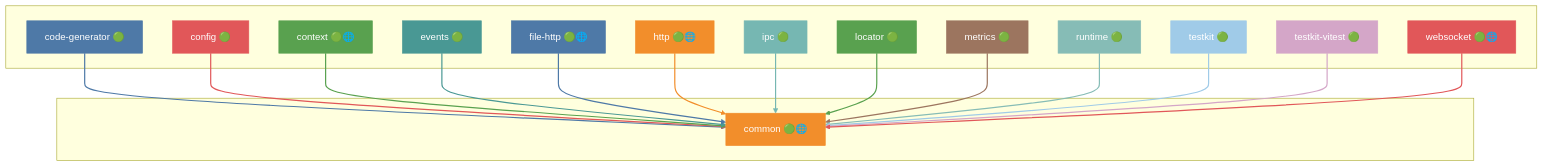
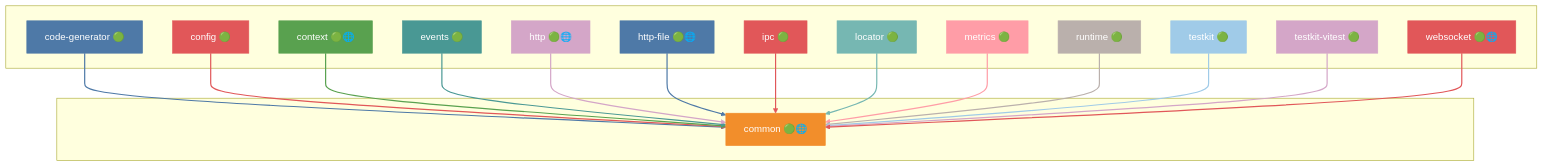
The third of 40 diagrams in docs/DEPENDENCIES.md (grest-ts/grest-ts), drawn with Mermaid before and after one commit. The commit also changed other lines of this file and 34 other files, not shown here.

````diff
--- a/docs/DEPENDENCIES.md
+++ b/docs/DEPENDENCIES.md
@@ -379,61 +377,61 @@
 ```mermaid
 flowchart TB
     subgraph Dependents[" "]
         code-generator["code-generator 🟢"]
         config["config 🟢"]
         context["context 🟢🌐"]
         events["events 🟢"]
-        file-http["file-http 🟢🌐"]
         http["http 🟢🌐"]
+        http-file["http-file 🟢🌐"]
         ipc["ipc 🟢"]
         locator["locator 🟢"]
         metrics["metrics 🟢"]
         runtime["runtime 🟢"]
         testkit["testkit 🟢"]
         testkit-vitest["testkit-vitest 🟢"]
         websocket["websocket 🟢🌐"]
     end
     subgraph Package[" "]
         common["common 🟢🌐"]
     end
     code-generator --> common
     config --> common
     context --> common
     events --> common
-    file-http --> common
     http --> common
+    http-file --> common
     ipc --> common
     locator --> common
     metrics --> common
     runtime --> common
     testkit --> common
     testkit-vitest --> common
     websocket --> common
     style common fill:#F28E2B,stroke:#F28E2B,color:#fff
     style code-generator fill:#4E79A7,stroke:#4E79A7,color:#fff
     style config fill:#E15759,stroke:#E15759,color:#fff
     style context fill:#59A14F,stroke:#59A14F,color:#fff
     style events fill:#499894,stroke:#499894,color:#fff
-    style file-http fill:#4E79A7,stroke:#4E79A7,color:#fff
-    style http fill:#F28E2B,stroke:#F28E2B,color:#fff
-    style ipc fill:#76B7B2,stroke:#76B7B2,color:#fff
-    style locator fill:#59A14F,stroke:#59A14F,color:#fff
-    style metrics fill:#9C755F,stroke:#9C755F,color:#fff
-    style runtime fill:#86BCB6,stroke:#86BCB6,color:#fff
+    style http fill:#D4A6C8,stroke:#D4A6C8,color:#fff
+    style http-file fill:#4E79A7,stroke:#4E79A7,color:#fff
+    style ipc fill:#E15759,stroke:#E15759,color:#fff
+    style locator fill:#76B7B2,stroke:#76B7B2,color:#fff
+    style metrics fill:#FF9DA7,stroke:#FF9DA7,color:#fff
+    style runtime fill:#BAB0AC,stroke:#BAB0AC,color:#fff
     style testkit fill:#A0CBE8,stroke:#A0CBE8,color:#fff
     style testkit-vitest fill:#D4A6C8,stroke:#D4A6C8,color:#fff
     style websocket fill:#E15759,stroke:#E15759,color:#fff
     linkStyle 0 stroke:#4E79A7,stroke-width:2px
     linkStyle 1 stroke:#E15759,stroke-width:2px
     linkStyle 2 stroke:#59A14F,stroke-width:2px
     linkStyle 3 stroke:#499894,stroke-width:2px
-    linkStyle 4 stroke:#4E79A7,stroke-width:2px
-    linkStyle 5 stroke:#F28E2B,stroke-width:2px
-    linkStyle 6 stroke:#76B7B2,stroke-width:2px
-    linkStyle 7 stroke:#59A14F,stroke-width:2px
-    linkStyle 8 stroke:#9C755F,stroke-width:2px
-    linkStyle 9 stroke:#86BCB6,stroke-width:2px
+    linkStyle 4 stroke:#D4A6C8,stroke-width:2px
+    linkStyle 5 stroke:#4E79A7,stroke-width:2px
+    linkStyle 6 stroke:#E15759,stroke-width:2px
+    linkStyle 7 stroke:#76B7B2,stroke-width:2px
+    linkStyle 8 stroke:#FF9DA7,stroke-width:2px
+    linkStyle 9 stroke:#BAB0AC,stroke-width:2px
     linkStyle 10 stroke:#A0CBE8,stroke-width:2px
     linkStyle 11 stroke:#D4A6C8,stroke-width:2px
     linkStyle 12 stroke:#E15759,stroke-width:2px
 ```
````
